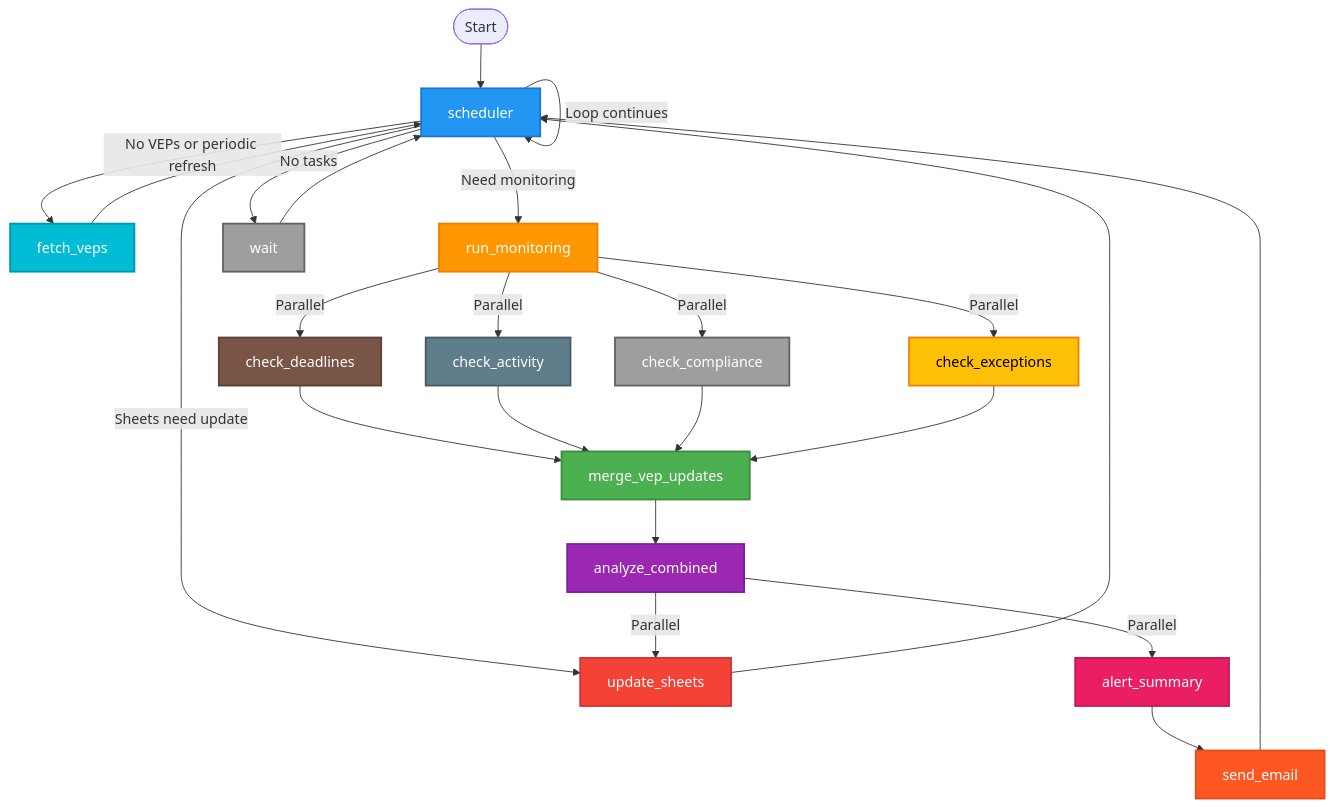
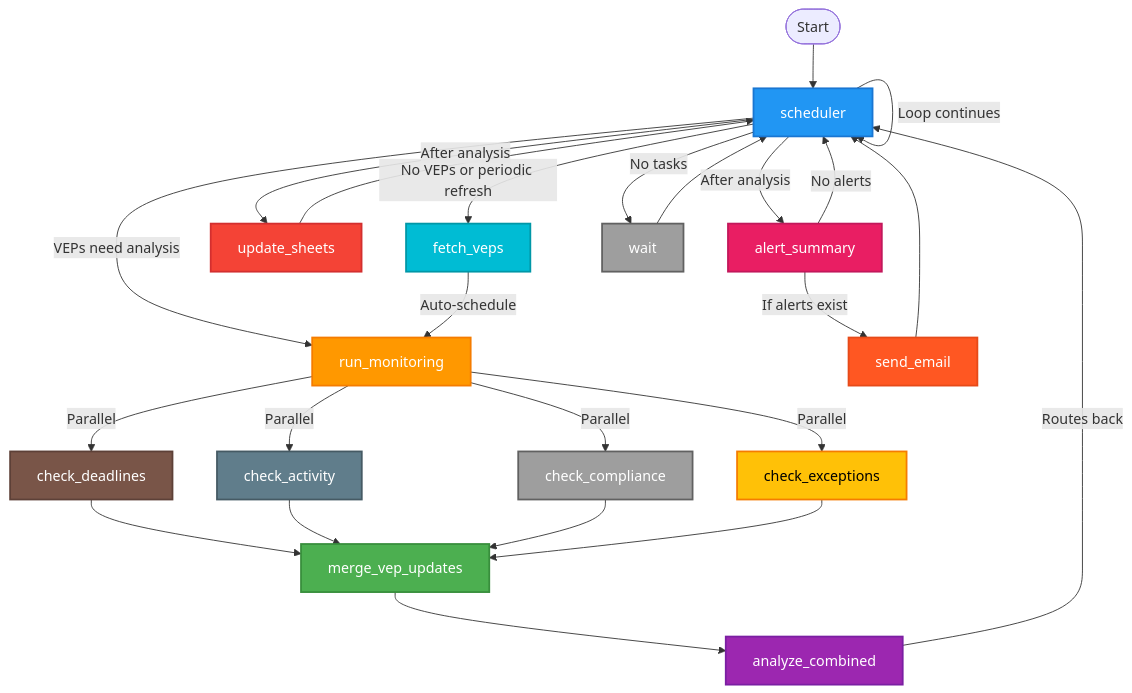
The diagram in README.md (iholder101/vep-police-agent), drawn with Mermaid before and after one commit. The commit also changed other lines of this file, not shown here.

First line of the commit message:
Update README Mermaid graph to reflect new scheduler architecture

````diff
--- a/README.md
+++ b/README.md
@@ -261,45 +261,48 @@
 ```mermaid
 graph TD
     Start([Start]) --> Scheduler[scheduler]
     
     Scheduler -->|No VEPs or periodic refresh| FetchVEPs[fetch_veps]
-    Scheduler -->|Need monitoring| RunMonitoring[run_monitoring]
-    Scheduler -->|Sheets need update| UpdateSheets[update_sheets]
+    Scheduler -->|VEPs need analysis| RunMonitoring[run_monitoring]
+    Scheduler -->|After analysis| UpdateSheets[update_sheets]
+    Scheduler -->|After analysis| AlertSummary[alert_summary]
     Scheduler -->|No tasks| Wait[wait]
+    
+    FetchVEPs -->|Auto-schedule| RunMonitoring
     
     RunMonitoring -->|Parallel| CheckDeadlines[check_deadlines]
     RunMonitoring -->|Parallel| CheckActivity[check_activity]
     RunMonitoring -->|Parallel| CheckCompliance[check_compliance]
     RunMonitoring -->|Parallel| CheckExceptions[check_exceptions]
     
     CheckDeadlines --> MergeUpdates[merge_vep_updates]
     CheckActivity --> MergeUpdates
     CheckCompliance --> MergeUpdates
     CheckExceptions --> MergeUpdates
     
     MergeUpdates --> AnalyzeCombined[analyze_combined]
-    AnalyzeCombined -->|Parallel| UpdateSheets[update_sheets]
-    AnalyzeCombined -->|Parallel| AlertSummary[alert_summary]
-    AlertSummary --> SendEmail[send_email]
+    AnalyzeCombined -->|Routes back| Scheduler
     
-    FetchVEPs --> Scheduler
+    AlertSummary -->|If alerts exist| SendEmail[send_email]
+    AlertSummary -->|No alerts| Scheduler
+    
     UpdateSheets --> Scheduler
     SendEmail --> Scheduler
     Wait --> Scheduler
     
     Scheduler -->|Loop continues| Scheduler
     
     style Scheduler fill:#2196F3,stroke:#1976D2,stroke-width:2px,color:#fff
     style RunMonitoring fill:#FF9800,stroke:#F57C00,stroke-width:2px,color:#fff
     style MergeUpdates fill:#4CAF50,stroke:#388E3C,stroke-width:2px,color:#fff
     style AnalyzeCombined fill:#9C27B0,stroke:#7B1FA2,stroke-width:2px,color:#fff
     style UpdateSheets fill:#F44336,stroke:#D32F2F,stroke-width:2px,color:#fff
     style FetchVEPs fill:#00BCD4,stroke:#0097A7,stroke-width:2px,color:#fff
     style CheckDeadlines fill:#795548,stroke:#5D4037,stroke-width:2px,color:#fff
     style CheckActivity fill:#607D8B,stroke:#455A64,stroke-width:2px,color:#fff
     style CheckCompliance fill:#9E9E9E,stroke:#616161,stroke-width:2px,color:#fff
     style CheckExceptions fill:#FFC107,stroke:#F57C00,stroke-width:2px,color:#000
     style AlertSummary fill:#E91E63,stroke:#C2185B,stroke-width:2px,color:#fff
     style SendEmail fill:#FF5722,stroke:#E64A19,stroke-width:2px,color:#fff
     style Wait fill:#9E9E9E,stroke:#616161,stroke-width:2px,color:#fff
 ```
````
